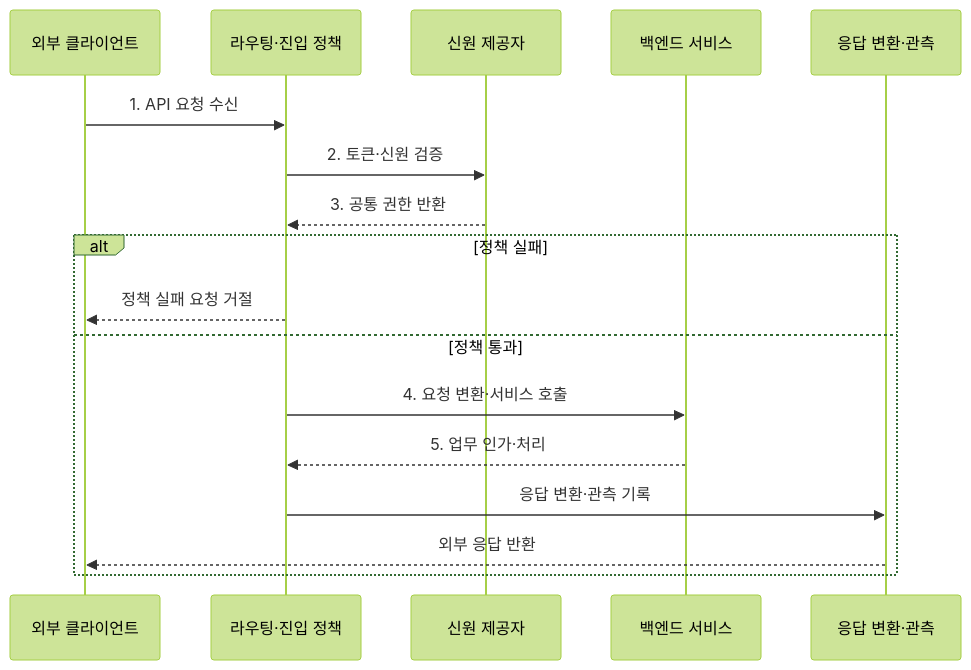
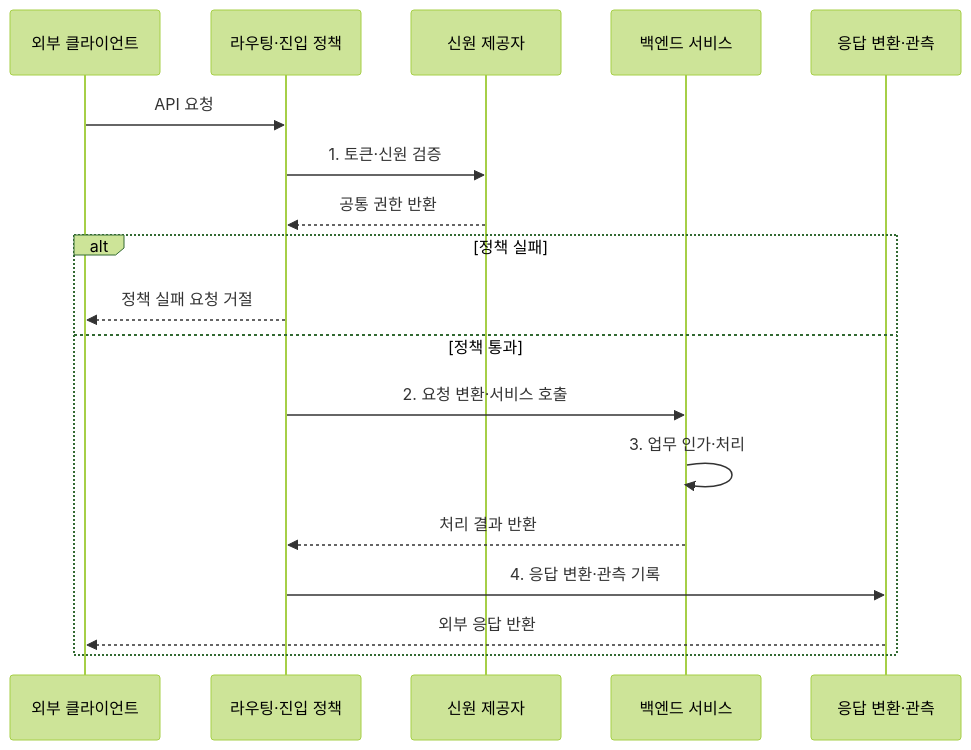
The second of 2 diagrams in src/content/docs/notes/03-software/040_api_gateway.md (agnusdei1207/knowledge-base), drawn with Mermaid (forest theme) before and after one commit. The commit also changed other lines of this file and 20 other files, not shown here.

````diff
--- a/src/content/docs/notes/03-software/040_api_gateway.md
+++ b/src/content/docs/notes/03-software/040_api_gateway.md
@@ -93,19 +92,20 @@
 ```mermaid
 sequenceDiagram
     participant C as 외부 클라이언트
     participant G as 라우팅·진입 정책
     participant I as 신원 제공자
     participant S as 백엔드 서비스
     participant O as 응답 변환·관측
-    C->>G: 1. API 요청 수신
-    G->>I: 2. 토큰·신원 검증
-    I-->>G: 3. 공통 권한 반환
+    C->>G: API 요청
+    G->>I: 1. 토큰·신원 검증
+    I-->>G: 공통 권한 반환
     alt 정책 실패
         G-->>C: 정책 실패 요청 거절
     else 정책 통과
-        G->>S: 4. 요청 변환·서비스 호출
-        S-->>G: 5. 업무 인가·처리
-        G->>O: 응답 변환·관측 기록
+        G->>S: 2. 요청 변환·서비스 호출
+        S->>S: 3. 업무 인가·처리
+        S-->>G: 처리 결과 반환
+        G->>O: 4. 응답 변환·관측 기록
         O-->>C: 외부 응답 반환
     end
 ```
````
